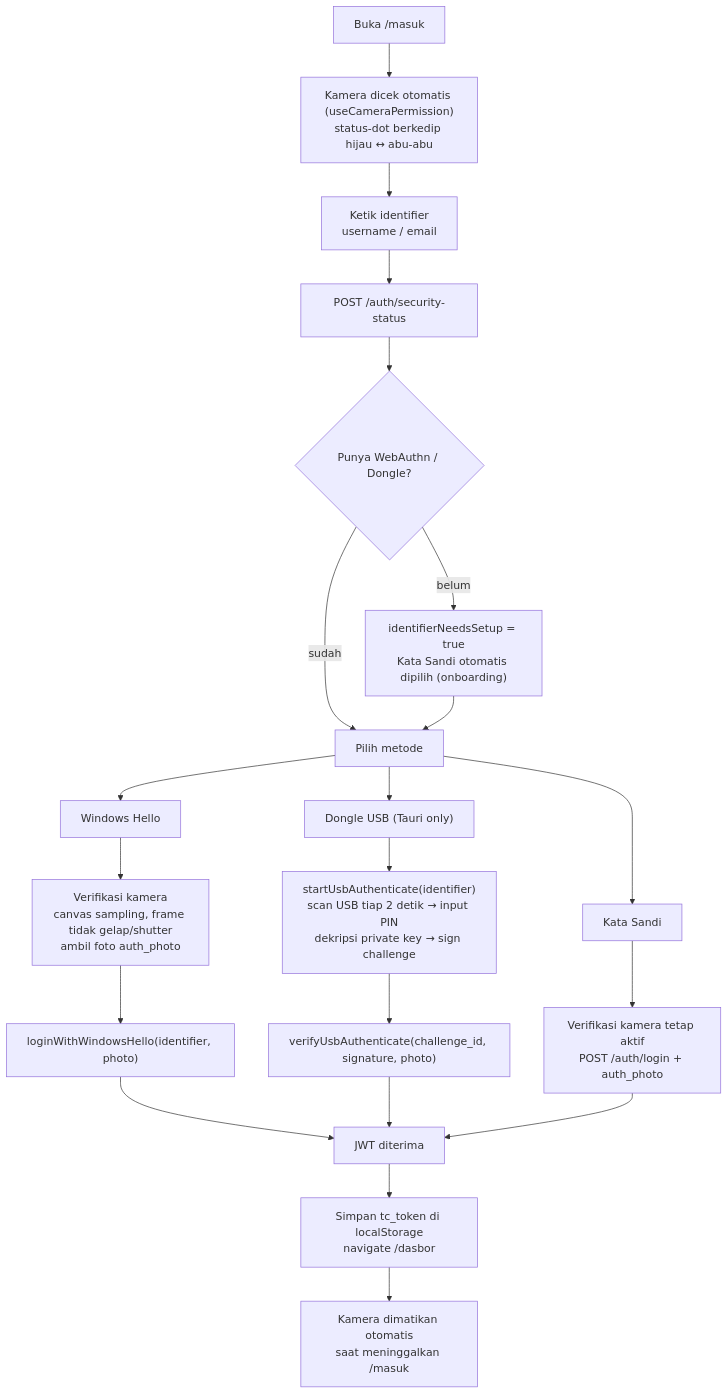
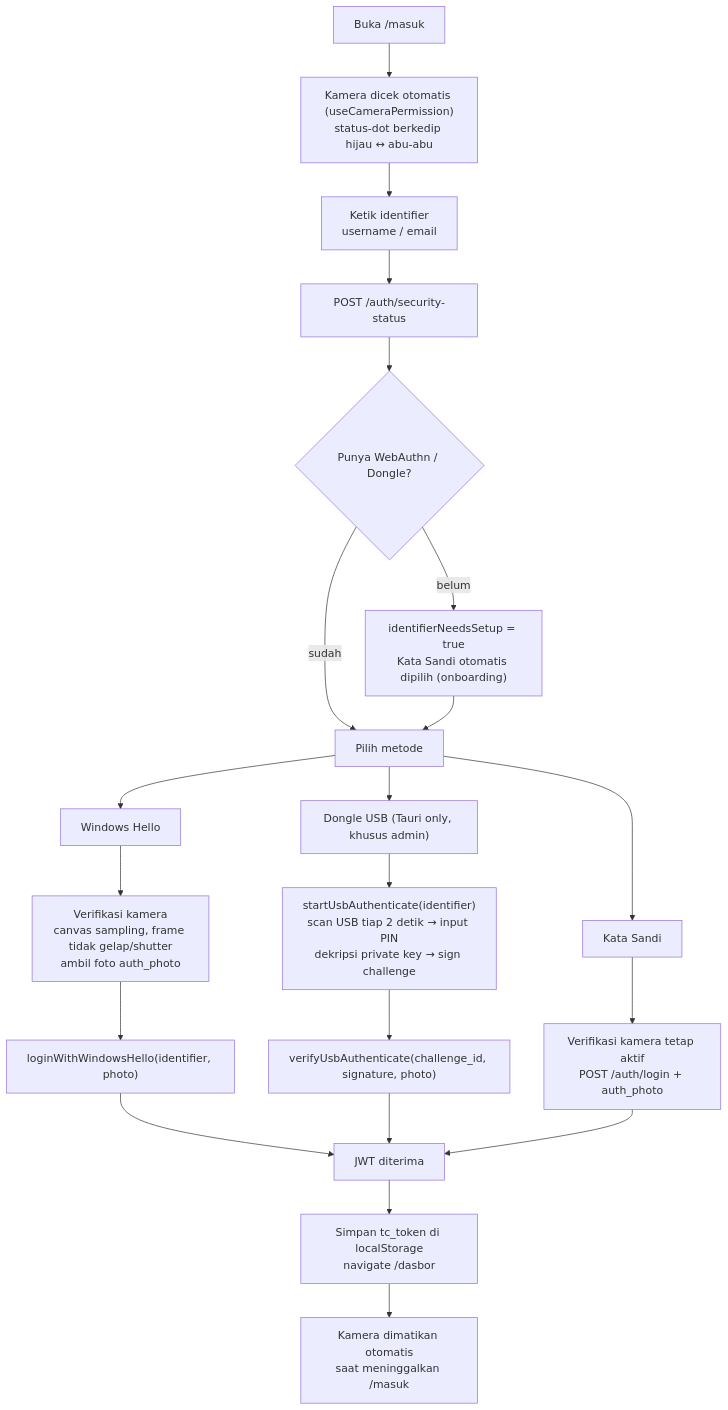
Before and after one commit to Mesalllnya/Truecount: the third of 18 diagrams in docs/dev/user-flow.md, drawn with Mermaid. The commit also changed other lines of this file and 14 other files, not shown here.

First line of the commit message:
feat: implement dongle security policy for admin role only, enforce unique dongle per admin (#70)

````diff
--- a/docs/dev/user-flow.md
+++ b/docs/dev/user-flow.md
@@ -87,23 +87,23 @@
 ```mermaid
 flowchart TD
     A["Buka /masuk"] --> B["Kamera dicek otomatis (useCameraPermission)<br/>status-dot berkedip hijau ↔ abu-abu"]
     B --> C["Ketik identifier<br/>username / email"]
     C --> D["POST /auth/security-status"]
     D --> E{"Punya WebAuthn / Dongle?"}
     E -->|"belum"| F["identifierNeedsSetup = true<br/>Kata Sandi otomatis dipilih (onboarding)"]
     E -->|"sudah"| G["Pilih metode"]
     F --> G
     G --> H["Windows Hello"]
-    G --> I["Dongle USB (Tauri only)"]
+    G --> I["Dongle USB (Tauri only, khusus admin)"]
     G --> J["Kata Sandi"]
     H --> H1["Verifikasi kamera<br/>canvas sampling, frame tidak gelap/shutter<br/>ambil foto auth_photo"]
     H1 --> H2["loginWithWindowsHello(identifier, photo)"]
     I --> I1["startUsbAuthenticate(identifier)<br/>scan USB tiap 2 detik → input PIN<br/>dekripsi private key → sign challenge"]
     I1 --> I2["verifyUsbAuthenticate(challenge_id, signature, photo)"]
     J --> J1["Verifikasi kamera tetap aktif<br/>POST /auth/login + auth_photo"]
     H2 --> K["JWT diterima"]
     I2 --> K
     J1 --> K
     K --> L["Simpan tc_token di localStorage<br/>navigate /dasbor"]
     L --> M["Kamera dimatikan otomatis<br/>saat meninggalkan /masuk"]
 ```
````
